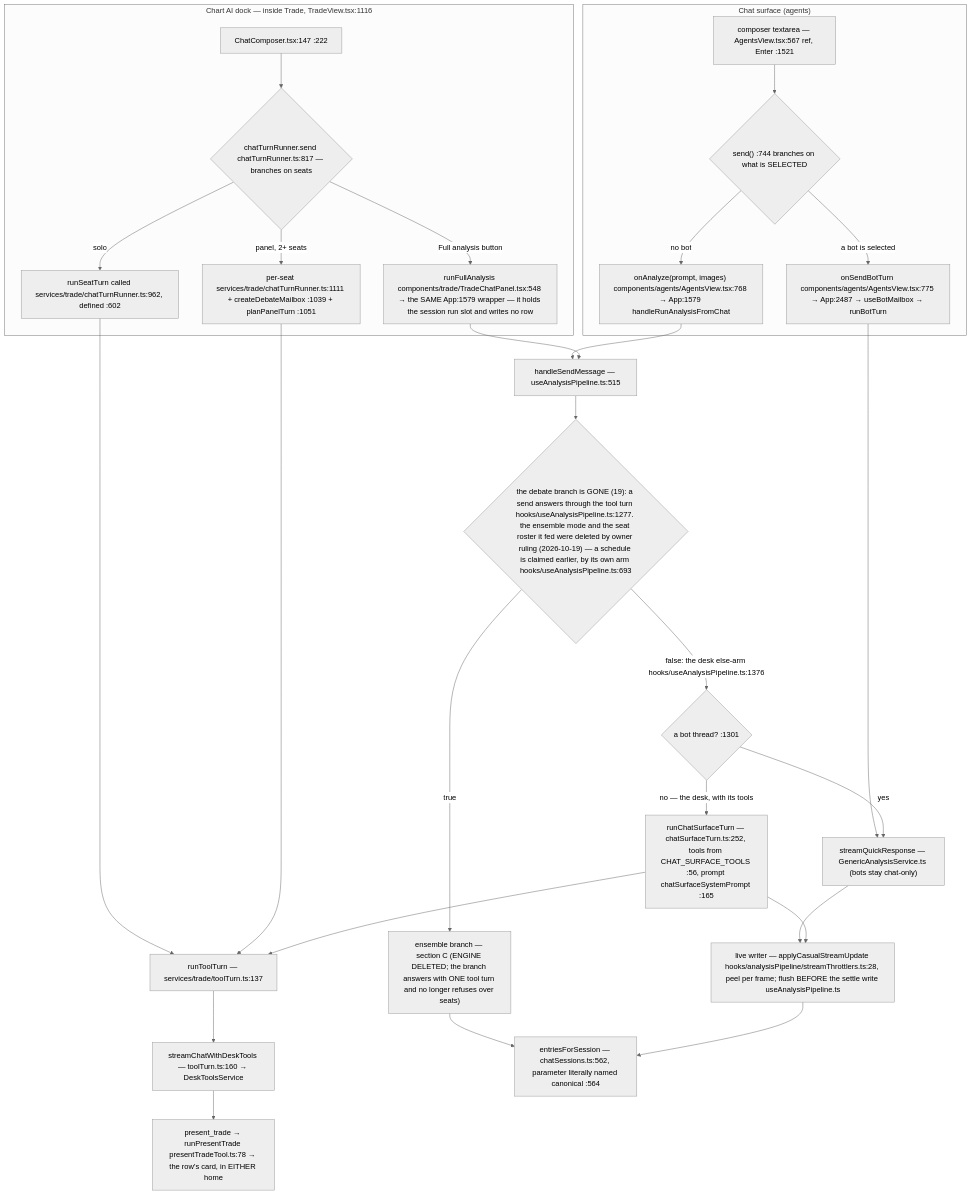
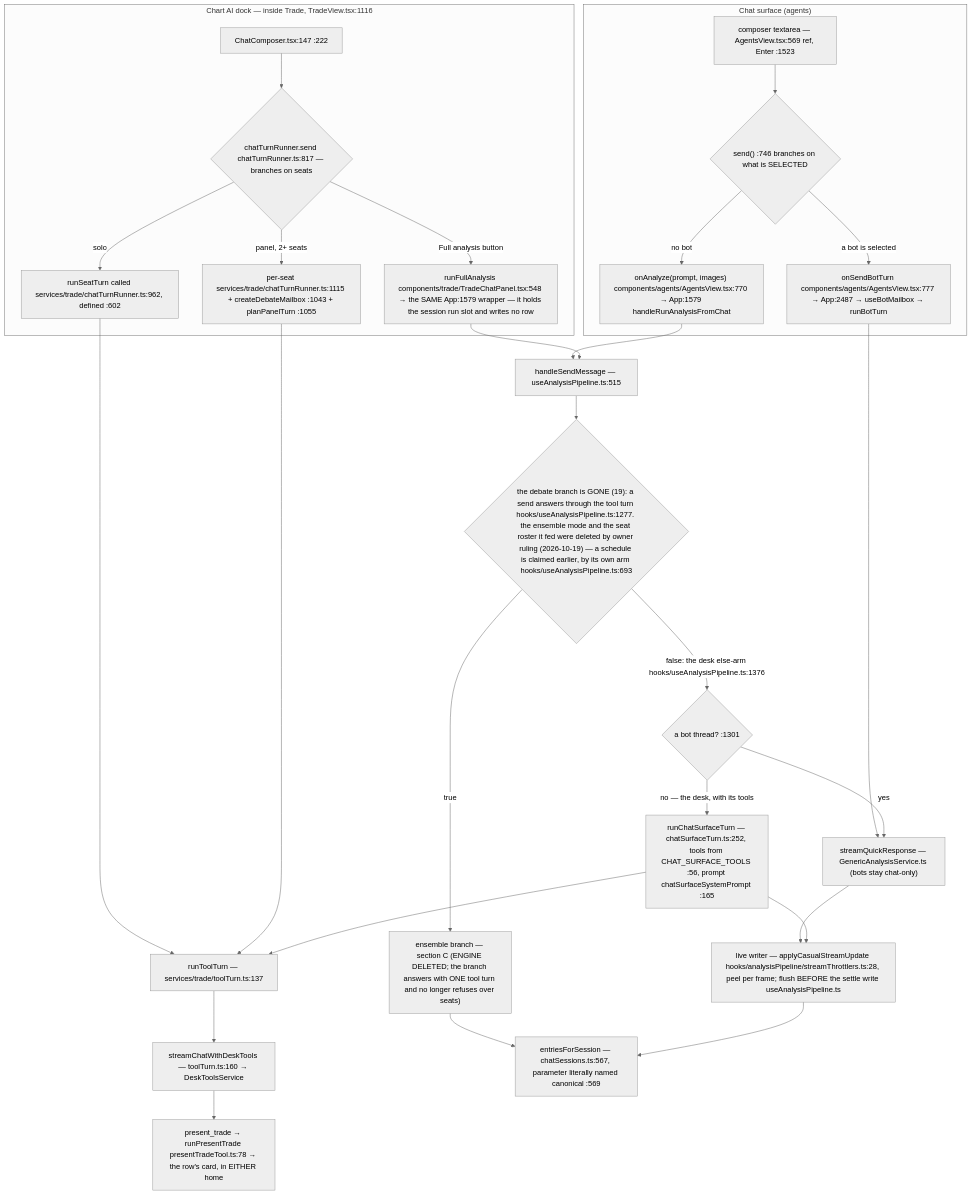
The second of 7 diagrams in docs/app-flow.md (Acepay25/august-3.5), drawn with Mermaid (neutral theme) before and after one commit. The commit also changed other lines of this file and 12 other files, not shown here.

````diff
--- a/docs/app-flow.md
+++ b/docs/app-flow.md
@@ -61,31 +61,31 @@
 ```mermaid
 flowchart TD
     subgraph CHAT["Chat surface (agents)"]
-        CB["composer textarea — AgentsView.tsx:567 ref, Enter :1521"] --> D1{"send() :744 branches on what is SELECTED"}
-        D1 -->|a bot is selected| BOT["onSendBotTurn components/agents/AgentsView.tsx:775 → App:2487 → useBotMailbox → runBotTurn"]
-        D1 -->|no bot| AN["onAnalyze(prompt, images) components/agents/AgentsView.tsx:768 → App:1579 handleRunAnalysisFromChat"]
+        CB["composer textarea — AgentsView.tsx:569 ref, Enter :1523"] --> D1{"send() :746 branches on what is SELECTED"}
+        D1 -->|a bot is selected| BOT["onSendBotTurn components/agents/AgentsView.tsx:777 → App:2487 → useBotMailbox → runBotTurn"]
+        D1 -->|no bot| AN["onAnalyze(prompt, images) components/agents/AgentsView.tsx:770 → App:1579 handleRunAnalysisFromChat"]
     end
     subgraph DOCK["Chart AI dock — inside Trade, TradeView.tsx:1116"]
         DC["ChatComposer.tsx:147 :222"] --> D2{"chatTurnRunner.send chatTurnRunner.ts:817 — branches on seats"}
         D2 -->|solo| SO["runSeatTurn called services/trade/chatTurnRunner.ts:962, defined :602"]
-        D2 -->|panel, 2+ seats| PN["per-seat services/trade/chatTurnRunner.ts:1111 + createDebateMailbox :1039 + planPanelTurn :1051"]
+        D2 -->|panel, 2+ seats| PN["per-seat services/trade/chatTurnRunner.ts:1115 + createDebateMailbox :1043 + planPanelTurn :1055"]
         D2 -->|Full analysis button| FA["runFullAnalysis components/trade/TradeChatPanel.tsx:548 → the SAME App:1579 wrapper — it holds the session run slot and writes no row"]
     end
     SO --> TT["runToolTurn — services/trade/toolTurn.ts:137"]
     PN --> TT
     TT --> SCDT["streamChatWithDeskTools — toolTurn.ts:160 → DeskToolsService"]
     BOT --> TR["streamQuickResponse — GenericAnalysisService.ts (bots stay chat-only)"]
     AN --> HSM["handleSendMessage — useAnalysisPipeline.ts:515"]
     FA --> HSM
     HSM --> D3{"the debate branch is GONE (19): a send answers through the tool turn hooks/useAnalysisPipeline.ts:1277. the ensemble mode and the seat roster it fed were deleted by owner ruling (2026-10-19) — a schedule is claimed earlier, by its own arm hooks/useAnalysisPipeline.ts:693"}
     D3 -->|true| ENS["ensemble branch — section C (ENGINE DELETED; the branch answers with ONE tool turn and no longer refuses over seats)"]
     D3 -->|false: the desk else-arm hooks/useAnalysisPipeline.ts:1376| SPLIT{"a bot thread? :1301"}
     SPLIT -->|yes| TR
     SPLIT -->|no — the desk, with its tools| CST["runChatSurfaceTurn — chatSurfaceTurn.ts:252, tools from CHAT_SURFACE_TOOLS :56, prompt chatSurfaceSystemPrompt :165"]
     CST --> TT
     TR --> LW["live writer — applyCasualStreamUpdate hooks/analysisPipeline/streamThrottlers.ts:28, peel per frame; flush BEFORE the settle write useAnalysisPipeline.ts"]
     CST --> LW
     ENS --> MERGE
-    LW --> MERGE["entriesForSession — chatSessions.ts:562, parameter literally named canonical :564"]
+    LW --> MERGE["entriesForSession — chatSessions.ts:567, parameter literally named canonical :569"]
     SCDT --> PT["present_trade → runPresentTrade presentTradeTool.ts:78 → the row's card, in EITHER home"]
 ```
````
